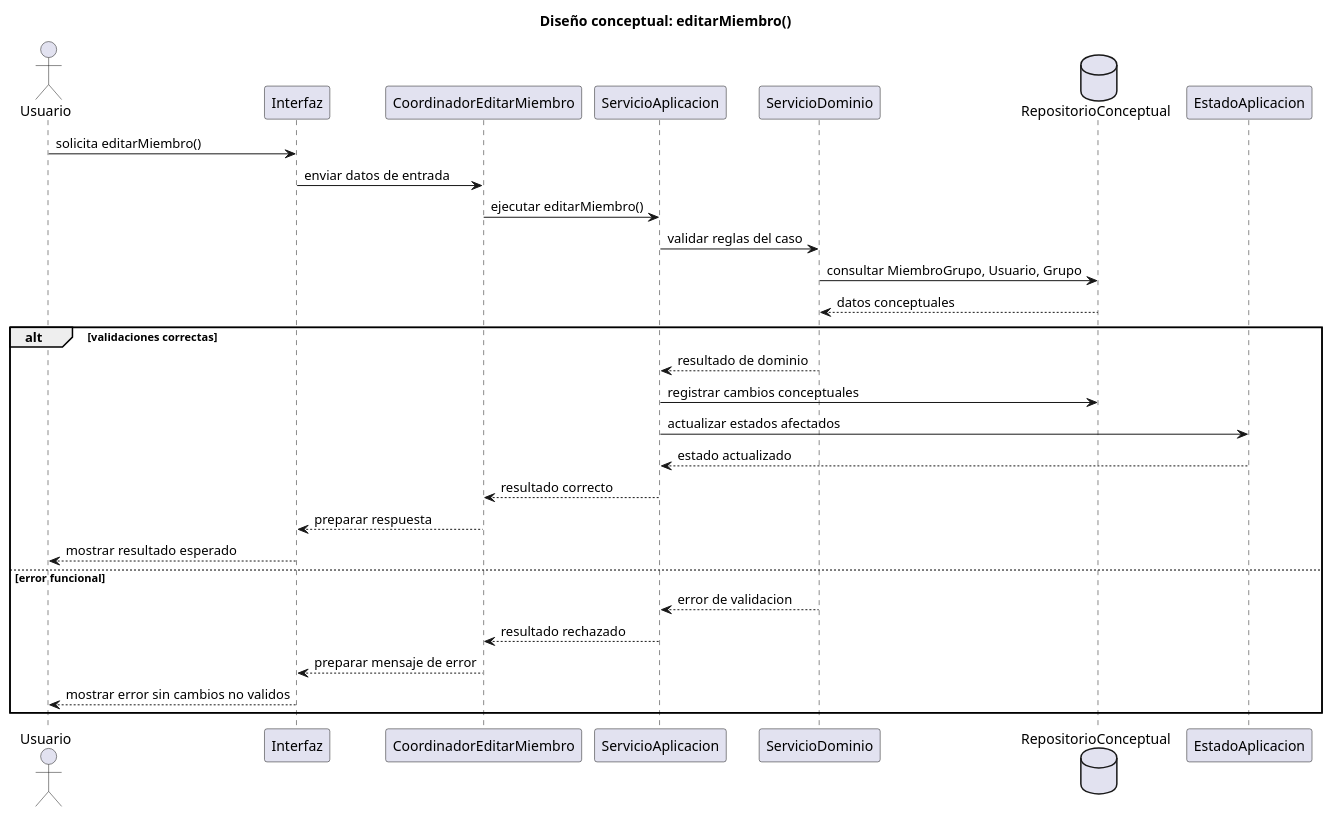
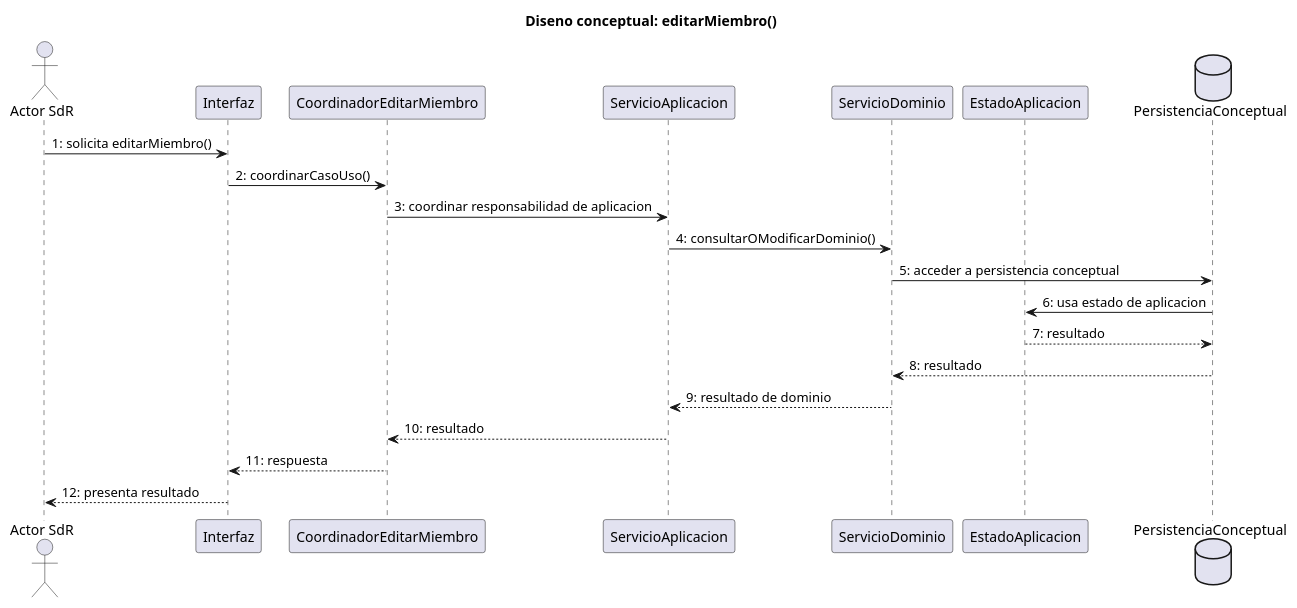
Before and after one commit to inigovaqueroo04/25-26-idsw2-sdVC: the diagram in documents/RUP/02-diseño/casos-uso/gestion-grupos/editarMiembro/README.md, drawn with PlantUML. The commit also changed other lines of this file and 24 other files, not shown here.

Commit message:
docs: validar trazabilidad integral de diseno

````diff
--- a/documents/RUP/02-diseño/casos-uso/gestion-grupos/editarMiembro/README.md
+++ b/documents/RUP/02-diseño/casos-uso/gestion-grupos/editarMiembro/README.md
@@ -85,36 +85,27 @@
 ```plantuml
 @startuml editarMiembro-diseno-secuencia
-title Diseño conceptual: editarMiembro()
+title Diseno conceptual: editarMiembro()
 
-actor "Usuario" as Usuario
+actor "Actor SdR" as Actor
 participant "Interfaz" as Interfaz
 participant "CoordinadorEditarMiembro" as Coordinador
 participant "ServicioAplicacion" as ServicioAplicacion
 participant "ServicioDominio" as ServicioDominio
-database "RepositorioConceptual" as Repositorio
 participant "EstadoAplicacion" as EstadoAplicacion
+database "PersistenciaConceptual" as Persistencia
 
-Usuario -> Interfaz : solicita editarMiembro()
-Interfaz -> Coordinador : enviar datos de entrada
-Coordinador -> ServicioAplicacion : ejecutar editarMiembro()
-ServicioAplicacion -> ServicioDominio : validar reglas del caso
-ServicioDominio -> Repositorio : consultar MiembroGrupo, Usuario, Grupo
-Repositorio --> ServicioDominio : datos conceptuales
-
-alt validaciones correctas
-  ServicioDominio --> ServicioAplicacion : resultado de dominio
-  ServicioAplicacion -> Repositorio : registrar cambios conceptuales
-  ServicioAplicacion -> EstadoAplicacion : actualizar estados afectados
-  EstadoAplicacion --> ServicioAplicacion : estado actualizado
-  ServicioAplicacion --> Coordinador : resultado correcto
-  Coordinador --> Interfaz : preparar respuesta
-  Interfaz --> Usuario : mostrar resultado esperado
-else error funcional
-  ServicioDominio --> ServicioAplicacion : error de validacion
-  ServicioAplicacion --> Coordinador : resultado rechazado
-  Coordinador --> Interfaz : preparar mensaje de error
-  Interfaz --> Usuario : mostrar error sin cambios no validos
-end
+Actor -> Interfaz : 1: solicita editarMiembro()
+Interfaz -> Coordinador : 2: coordinarCasoUso()
+Coordinador -> ServicioAplicacion : 3: coordinar responsabilidad de aplicacion
+ServicioAplicacion -> ServicioDominio : 4: consultarOModificarDominio()
+ServicioDominio -> Persistencia : 5: acceder a persistencia conceptual
+Persistencia -> EstadoAplicacion : 6: usa estado de aplicacion
+EstadoAplicacion --> Persistencia : 7: resultado
+Persistencia --> ServicioDominio : 8: resultado
+ServicioDominio --> ServicioAplicacion : 9: resultado de dominio
+ServicioAplicacion --> Coordinador : 10: resultado
+Coordinador --> Interfaz : 11: respuesta
+Interfaz --> Actor : 12: presenta resultado
 
 @enduml
 ```
````
